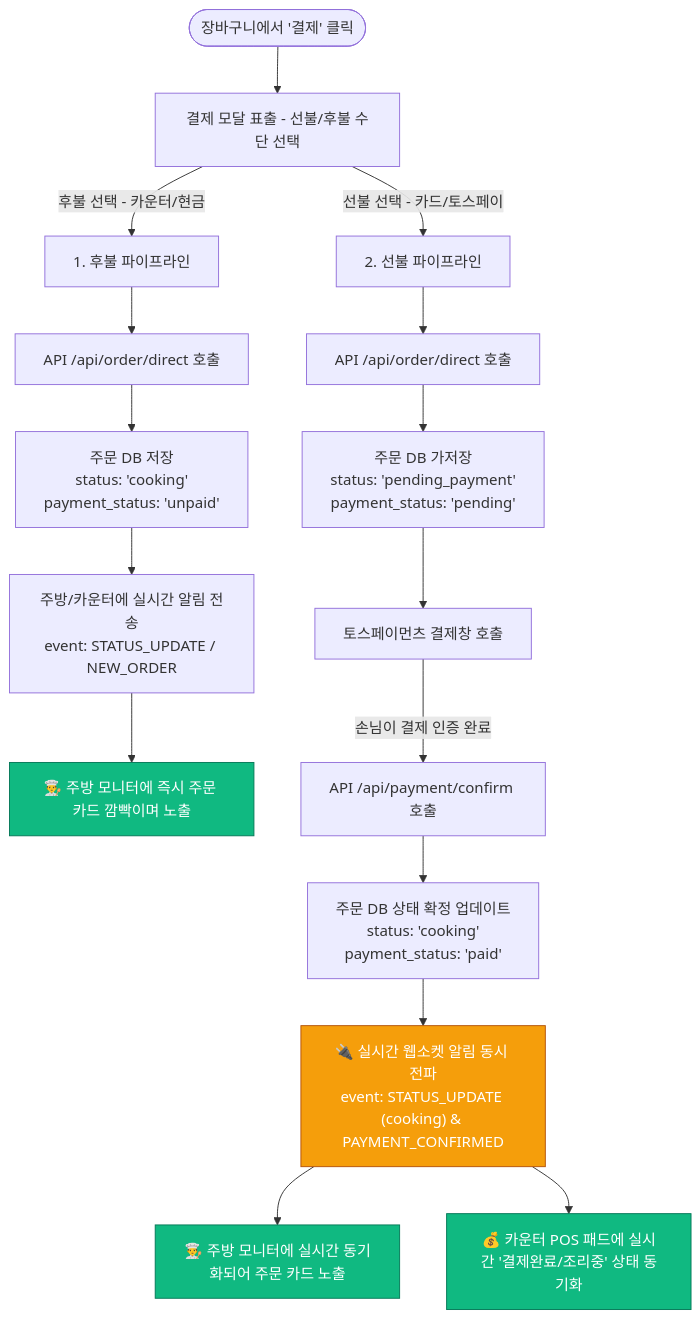
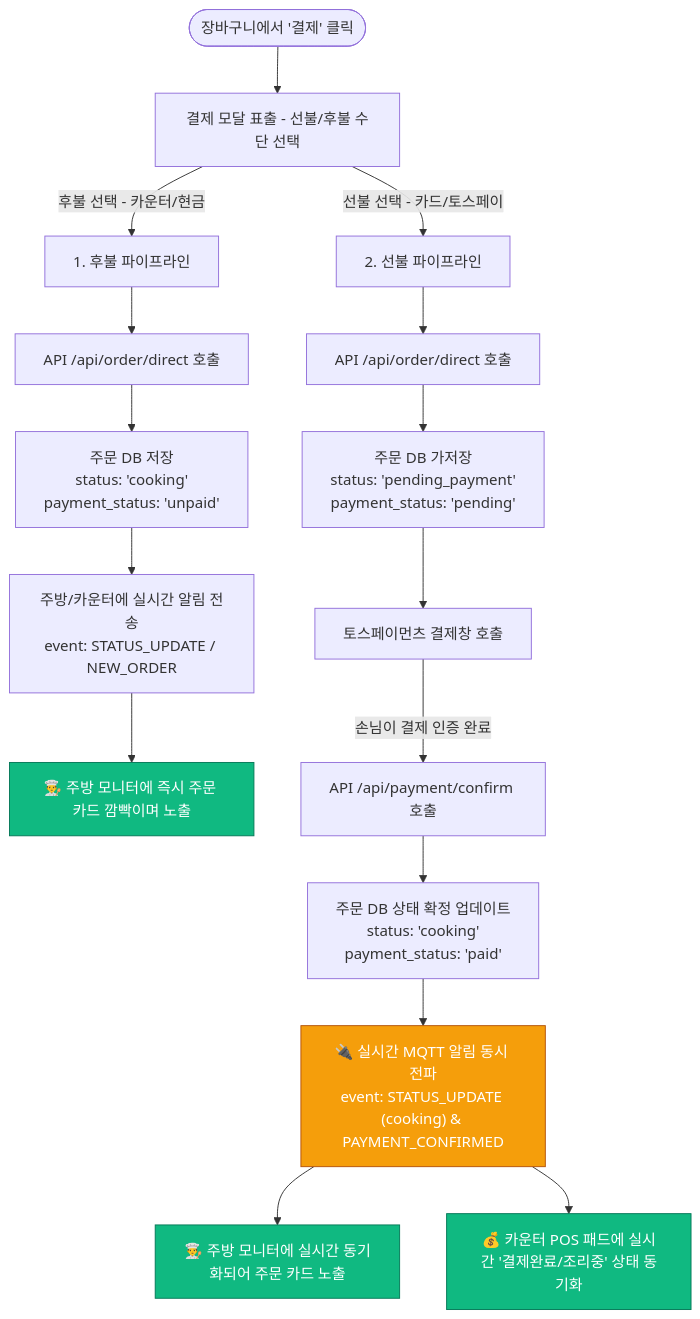
Before and after one commit to chicvill/situation: the third of 7 diagrams in doc/system_blueprint_and_flowchart.md, drawn with Mermaid. The commit also changed other lines of this file and 14 other files, not shown here.

````diff
--- a/doc/system_blueprint_and_flowchart.md
+++ b/doc/system_blueprint_and_flowchart.md
@@ -230,31 +266,31 @@
 ```mermaid
 flowchart TD
     Start([장바구니에서 '결제' 클릭]) --> PayModal[결제 모달 표출 - 선불/후불 수단 선택]
     
     %% ... 후불 / 선불 파이프라인 동일 ...
     PayModal -->|후불 선택 - 카운터/현금| CashFlow[1. 후불 파이프라인]
     PayModal -->|선불 선택 - 카드/토스페이| CardFlow[2. 선불 파이프라인]
     
     %% 1. 후불 파이프라인
     CashFlow --> CreateOrderCash[API /api/order/direct 호출]
     CreateOrderCash --> DB_SaveCash[주문 DB 저장<br/>status: 'cooking'<br/>payment_status: 'unpaid']
-    DB_SaveCash --> WS_BroadcastCash[주방/카운터에 실시간 알림 전송<br/>event: STATUS_UPDATE / NEW_ORDER]
-    WS_BroadcastCash --> KitchenShowCash[👨‍🍳 주방 모니터에 즉시 주문 카드 깜빡이며 노출]
+    DB_SaveCash --> MQTT_BroadcastCash[주방/카운터에 실시간 알림 전송<br/>event: STATUS_UPDATE / NEW_ORDER]
+    MQTT_BroadcastCash --> KitchenShowCash[👨‍🍳 주방 모니터에 즉시 주문 카드 깜빡이며 노출]
     
     %% 2. 선불 파이프라인
     CardFlow --> CreateOrderCard[API /api/order/direct 호출]
     CreateOrderCard --> DB_SaveCard[주문 DB 가저장<br/>status: 'pending_payment'<br/>payment_status: 'pending']
     DB_SaveCard --> Toss_SDK[토스페이먼츠 결제창 호출]
     Toss_SDK -->|손님이 결제 인증 완료| Toss_Success[API /api/payment/confirm 호출]
     Toss_Success --> DB_UpdateCard[주문 DB 상태 확정 업데이트<br/>status: 'cooking'<br/>payment_status: 'paid']
     
-    %% 중요! 실시간 웹소켓 전파
-    DB_UpdateCard --> WS_BroadcastCard["🔌 실시간 웹소켓 알림 동시 전파<br/>event: STATUS_UPDATE (cooking) & PAYMENT_CONFIRMED"]
-    WS_BroadcastCard --> KitchenShowCard[👨‍🍳 주방 모니터에 실시간 동기화되어 주문 카드 노출]
-    WS_BroadcastCard --> CounterShowCard[💰 카운터 POS 패드에 실시간 '결제완료/조리중' 상태 동기화]
+    %% 중요! 실시간 MQTT 전파
+    DB_UpdateCard --> MQTT_BroadcastCard["🔌 실시간 MQTT 알림 동시 전파<br/>event: STATUS_UPDATE (cooking) & PAYMENT_CONFIRMED"]
+    MQTT_BroadcastCard --> KitchenShowCard[👨‍🍳 주방 모니터에 실시간 동기화되어 주문 카드 노출]
+    MQTT_BroadcastCard --> CounterShowCard[💰 카운터 POS 패드에 실시간 '결제완료/조리중' 상태 동기화]
 
     classDef success fill:#10b981,stroke:#047857,color:#fff;
     classDef highlight fill:#f59e0b,stroke:#b45309,color:#fff;
     class KitchenShowCash,KitchenShowCard,CounterShowCard success;
-    class WS_BroadcastCard highlight;
+    class MQTT_BroadcastCard highlight;
 ```
````
